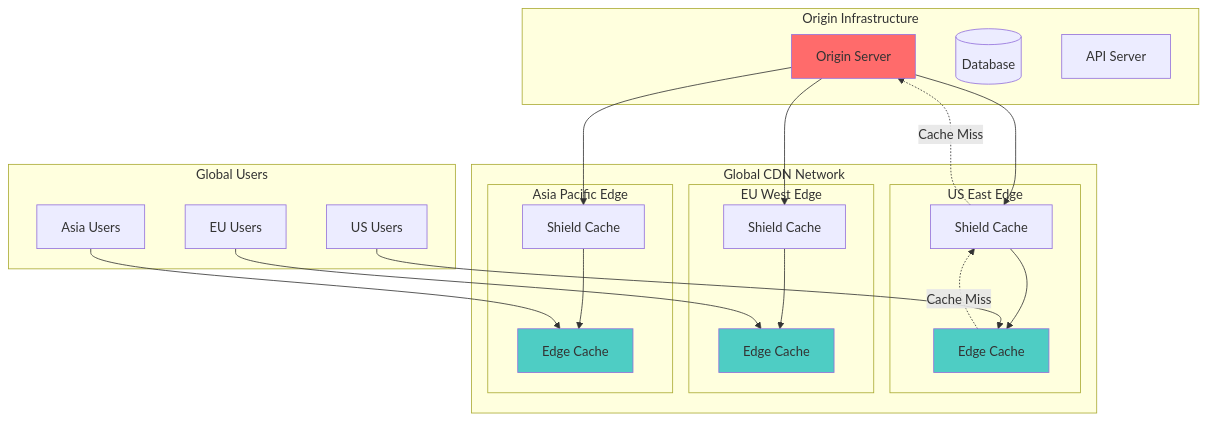
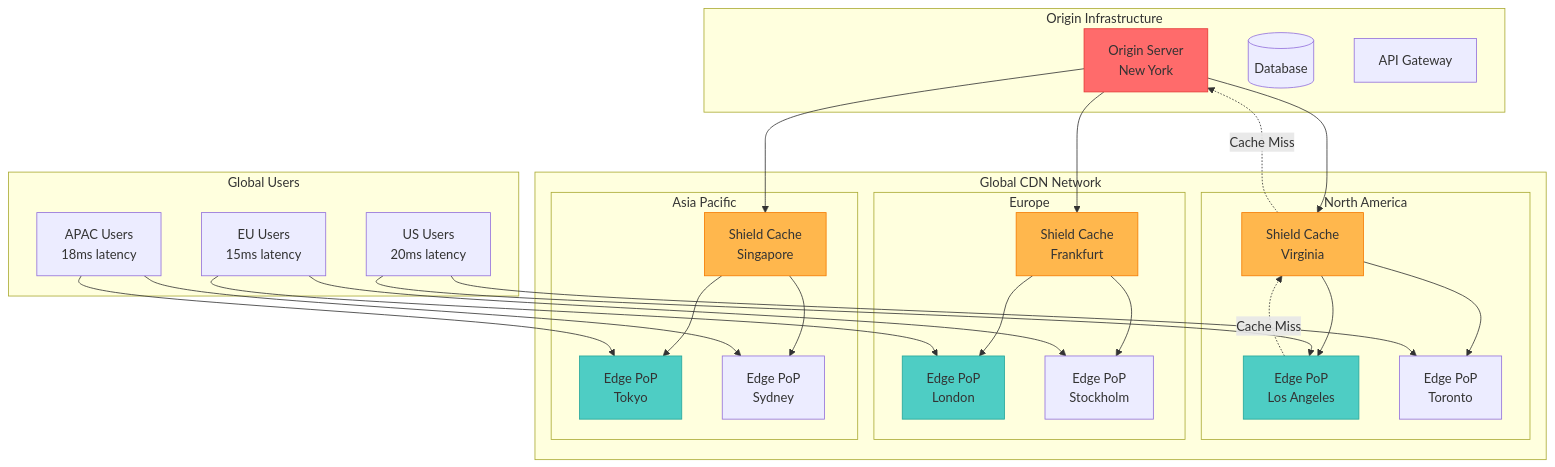
Before and after one commit to deepaucksharma/DStudio: the first of 4 diagrams in docs/pattern-library/scaling/content-delivery-network.md, drawn with Mermaid. The commit also changed other lines of this file and 14 other files, not shown here.

````diff
--- a/docs/pattern-library/scaling/content-delivery-network.md
+++ b/docs/pattern-library/scaling/content-delivery-network.md
@@ -14,51 +51,63 @@
 ```mermaid
 graph TB
     subgraph "Origin Infrastructure"
-        Origin[Origin Server]
+        Origin[Origin Server<br/>New York]
         Database[(Database)]
-        API[API Server]
+        API[API Gateway]
     end
     
     subgraph "Global CDN Network"
-        subgraph "US East Edge"
-            US_Edge[Edge Cache]
-            US_Shield[Shield Cache]
+        subgraph "North America"
+            NA_Shield[Shield Cache<br/>Virginia]
+            NA_Edge1[Edge PoP<br/>Los Angeles]
+            NA_Edge2[Edge PoP<br/>Toronto]
         end
         
-        subgraph "EU West Edge"
-            EU_Edge[Edge Cache]
-            EU_Shield[Shield Cache]
+        subgraph "Europe"
+            EU_Shield[Shield Cache<br/>Frankfurt]
+            EU_Edge1[Edge PoP<br/>London]
+            EU_Edge2[Edge PoP<br/>Stockholm]
         end
         
-        subgraph "Asia Pacific Edge"
-            ASIA_Edge[Edge Cache]
-            ASIA_Shield[Shield Cache]
+        subgraph "Asia Pacific"
+            ASIA_Shield[Shield Cache<br/>Singapore]
+            ASIA_Edge1[Edge PoP<br/>Tokyo]
+            ASIA_Edge2[Edge PoP<br/>Sydney]
         end
     end
     
     subgraph "Global Users"
-        US_User[US Users]
-        EU_User[EU Users]
-        ASIA_User[Asia Users]
+        US_Users[US Users<br/>20ms latency]
+        EU_Users[EU Users<br/>15ms latency]
+        ASIA_Users[APAC Users<br/>18ms latency]
     end
     
-    Origin --> US_Shield
+    Origin --> NA_Shield
     Origin --> EU_Shield
     Origin --> ASIA_Shield
     
-    US_Shield --> US_Edge
-    EU_Shield --> EU_Edge
-    ASIA_Shield --> ASIA_Edge
+    NA_Shield --> NA_Edge1
+    NA_Shield --> NA_Edge2
+    EU_Shield --> EU_Edge1
+    EU_Shield --> EU_Edge2
+    ASIA_Shield --> ASIA_Edge1
+    ASIA_Shield --> ASIA_Edge2
     
-    US_User --> US_Edge
-    EU_User --> EU_Edge
-    ASIA_User --> ASIA_Edge
+    US_Users --> NA_Edge1
+    US_Users --> NA_Edge2
+    EU_Users --> EU_Edge1
+    EU_Users --> EU_Edge2
+    ASIA_Users --> ASIA_Edge1
+    ASIA_Users --> ASIA_Edge2
     
-    US_Edge -.->|"Cache Miss"| US_Shield
-    US_Shield -.->|"Cache Miss"| Origin
+    NA_Edge1 -.->|"Cache Miss"| NA_Shield
+    NA_Shield -.->|"Cache Miss"| Origin
     
-    style Origin fill:#ff6b6b
-    style US_Edge fill:#4ecdc4
-    style EU_Edge fill:#4ecdc4
-    style ASIA_Edge fill:#4ecdc4
+    style Origin fill:#ff6b6b,stroke:#e53935
+    style NA_Shield fill:#ffb74d,stroke:#f57c00
+    style EU_Shield fill:#ffb74d,stroke:#f57c00
+    style ASIA_Shield fill:#ffb74d,stroke:#f57c00
+    style NA_Edge1 fill:#4ecdc4,stroke:#26a69a
+    style EU_Edge1 fill:#4ecdc4,stroke:#26a69a
+    style ASIA_Edge1 fill:#4ecdc4,stroke:#26a69a
 ```
````
